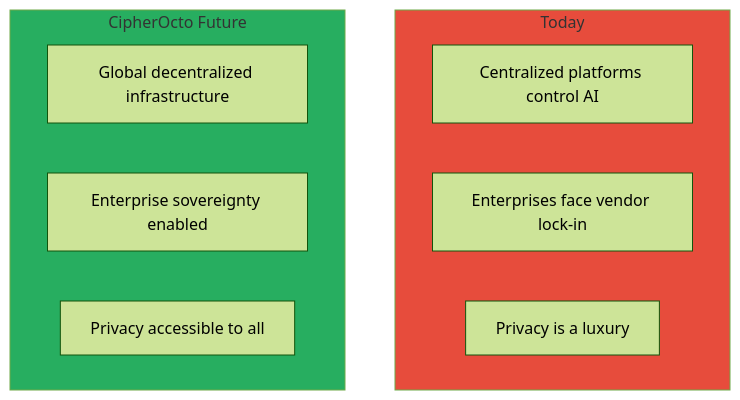
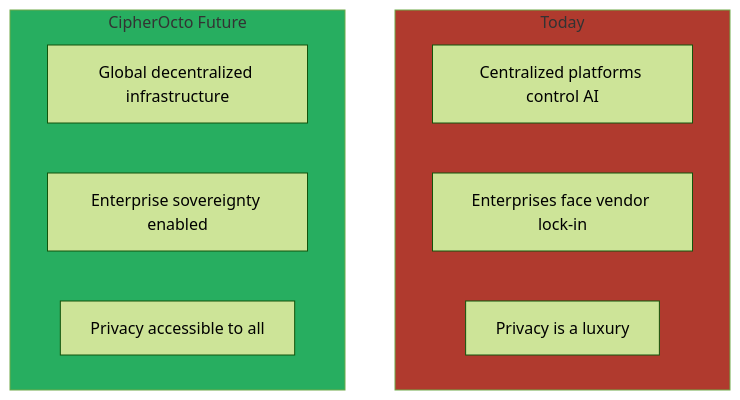
One commit to CipherOcto/cipherocto changed the eighth of 9 diagrams in docs/01-foundation/litepaper.md. Above: the diagram before and after it, drawn with Mermaid (forest theme). The commit also changed other lines of this file and 13 other files, not shown here.

First line of the commit message:
Improve Mermaid diagram accessibility: Fix color contrast

````diff
--- a/docs/01-foundation/litepaper.md
+++ b/docs/01-foundation/litepaper.md
@@ -413,17 +413,17 @@
 ```mermaid
 graph TB
     subgraph TODAY["Today"]
         T1[Centralized platforms control AI]
         T2[Enterprises face vendor lock-in]
         T3[Privacy is a luxury]
     end
 
     subgraph FUTURE["CipherOcto Future"]
         F1[Global decentralized infrastructure]
         F2[Enterprise sovereignty enabled]
         F3[Privacy accessible to all]
     end
 
-    style TODAY fill:#e74c3c
+    style TODAY fill:#b03a2e
     style FUTURE fill:#27ae60
 ```
````
